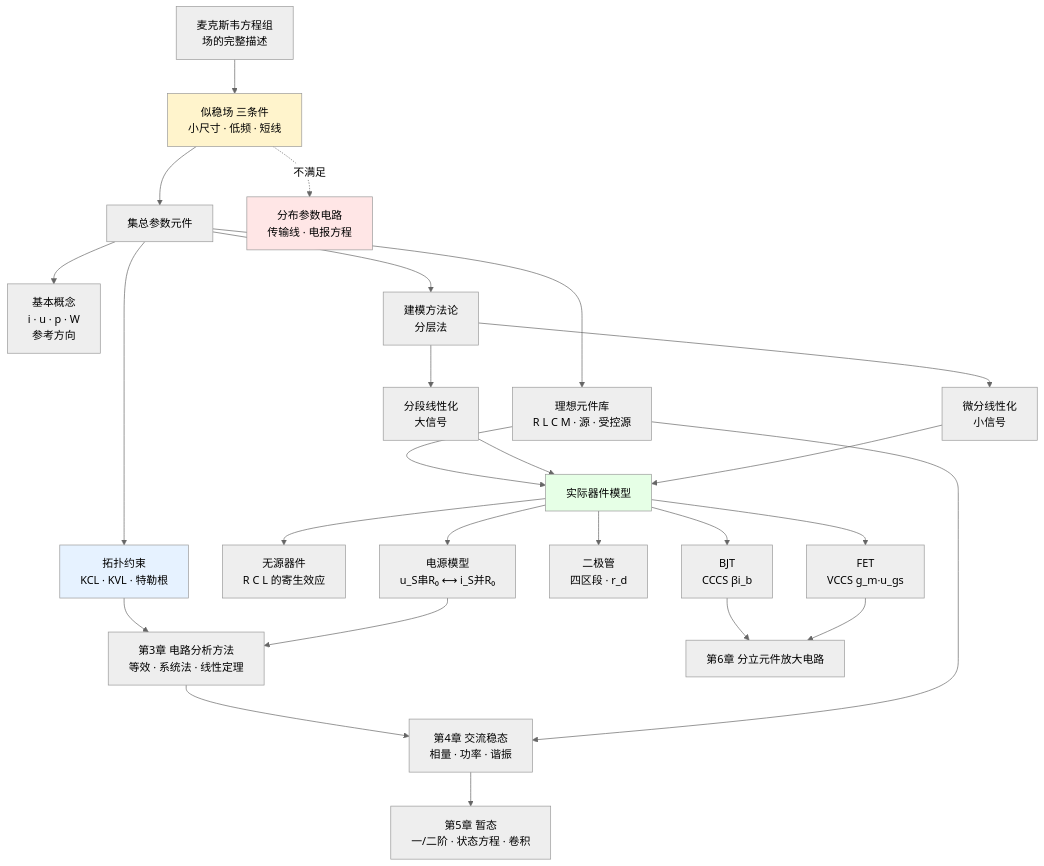
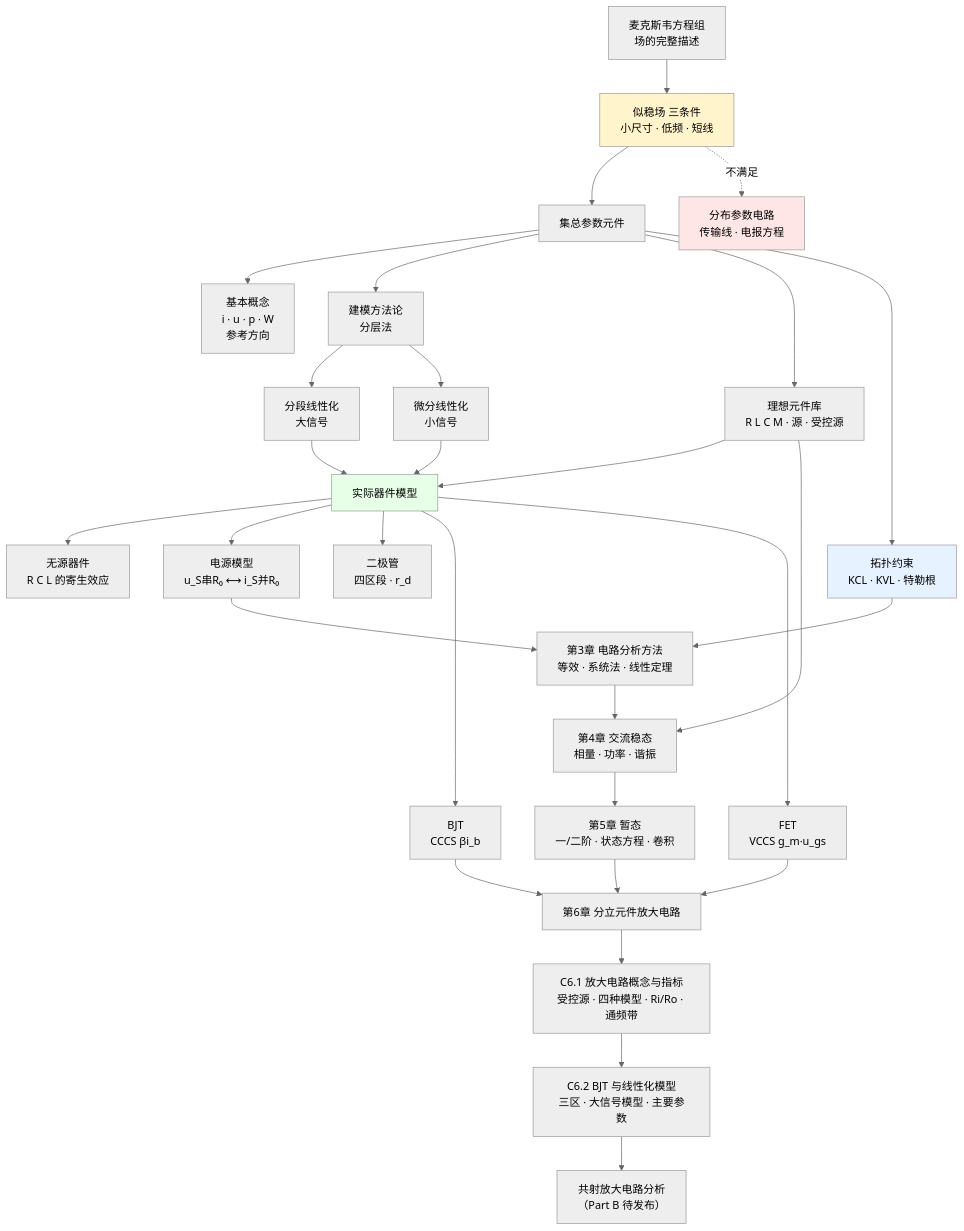
Before and after one commit to KayeAdams515/ClaudeNotes: the diagram in 电路基础/电路基础 MOC.md, drawn with Mermaid (neutral theme). The commit also changed other lines of this file and 14 other files, not shown here.

````diff
--- a/电路基础/电路基础 MOC.md
+++ b/电路基础/电路基础 MOC.md
@@ -51,36 +53,40 @@
 ```mermaid
 graph TD
     M["麦克斯韦方程组<br/>场的完整描述"] --> Q["似稳场 三条件<br/>小尺寸 · 低频 · 短线"]
     Q --> L["集总参数元件"]
     Q -.->|"不满足"| DIS["分布参数电路<br/>传输线 · 电报方程"]
 
     L --> CON["基本概念<br/>i · u · p · W<br/>参考方向"]
     L --> MOD["建模方法论<br/>分层法"]
     L --> ELE["理想元件库<br/>R L C M · 源 · 受控源"]
     L --> LAW["拓扑约束<br/>KCL · KVL · 特勒根"]
 
     MOD --> PW["分段线性化<br/>大信号"]
     MOD --> DF["微分线性化<br/>小信号"]
 
     ELE --> DEV["实际器件模型"]
     PW --> DEV
     DF --> DEV
     DEV --> D1["无源器件<br/>R C L 的寄生效应"]
     DEV --> D2["电源模型<br/>u_S串R₀ ⟷ i_S并R₀"]
     DEV --> D3["二极管<br/>四区段 · r_d"]
     DEV --> D4["BJT<br/>CCCS βi_b"]
     DEV --> D5["FET<br/>VCCS g_m·u_gs"]
 
     LAW --> CH3["第3章 电路分析方法<br/>等效 · 系统法 · 线性定理"]
     D2 --> CH3
     D4 --> CH6["第6章 分立元件放大电路"]
     D5 --> CH6
     CH3 --> CH4["第4章 交流稳态<br/>相量 · 功率 · 谐振"]
     ELE --> CH4
     CH4 --> CH5["第5章 暂态<br/>一/二阶 · 状态方程 · 卷积"]
+    CH5 --> CH6
+    CH6 --> C61["C6.1 放大电路概念与指标<br/>受控源 · 四种模型 · Ri/Ro · 通频带"]
+    C61 --> C62["C6.2 BJT 与线性化模型<br/>三区 · 大信号模型 · 主要参数"]
+    C62 --> C6B["共射放大电路分析<br/>（Part B 待发布）"]
 
     style Q fill:#fff4cc
     style DIS fill:#ffe6e6
     style LAW fill:#e6f2ff
     style DEV fill:#e6ffe6
 ```
````
